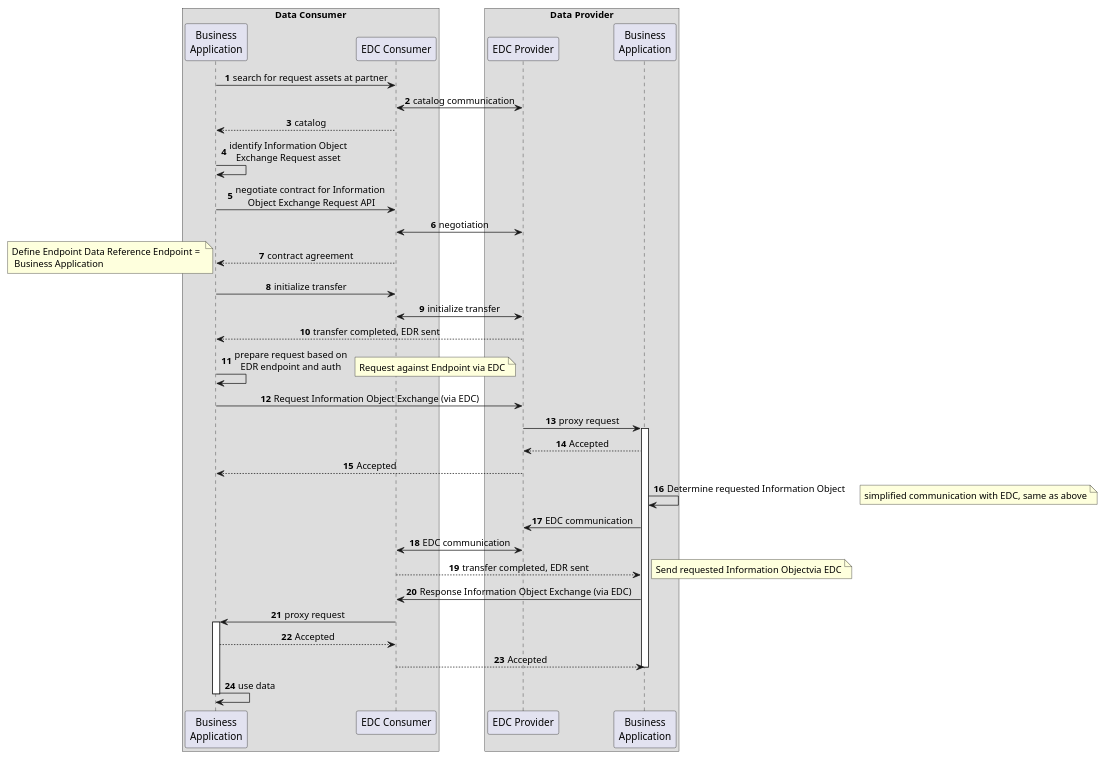
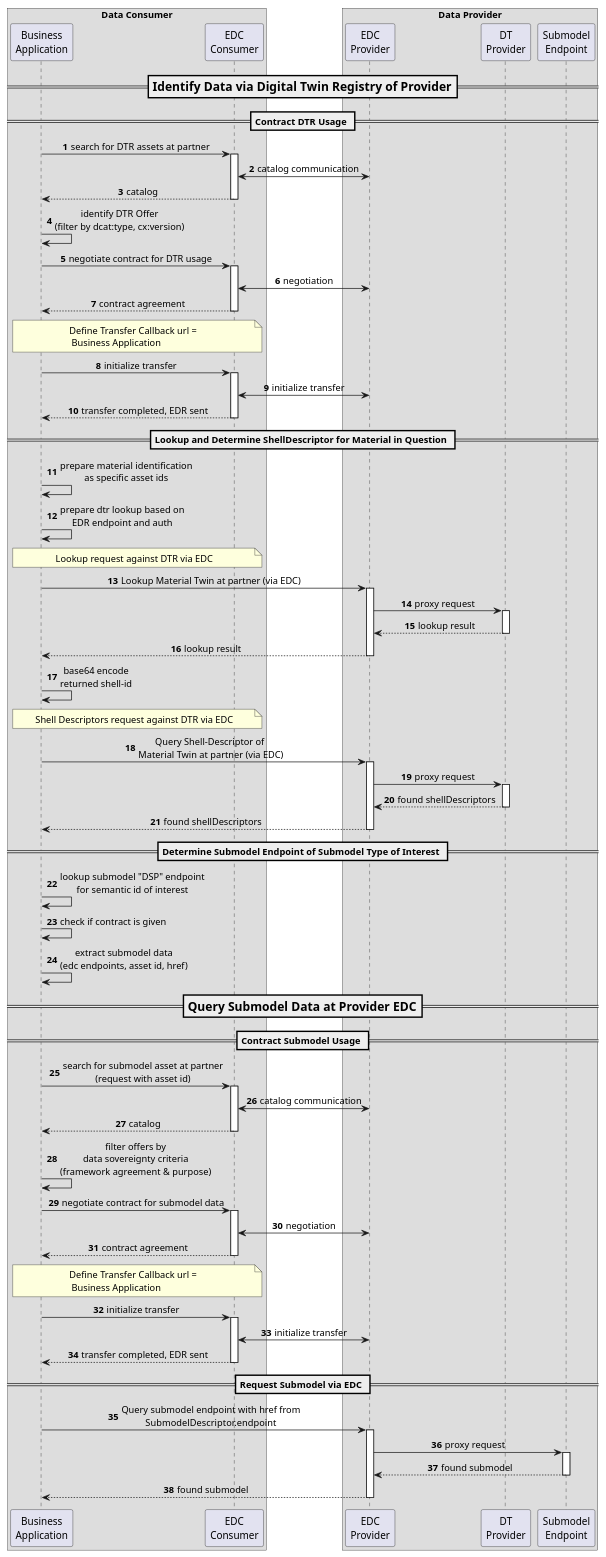
The diagram in docs/arc42/puml/06-api-flow-detailed.puml (eclipse-tractusx/puris), drawn with PlantUML before and after one commit. The commit also changed 5 other files, not shown here.

```diff
--- a/docs/arc42/puml/06-api-flow-detailed.puml
+++ b/docs/arc42/puml/06-api-flow-detailed.puml
@@ -1,57 +1,102 @@
 @startuml
 autonumber
 skinparam sequenceMessageAlign center
 
 box "Data Consumer"
 participant "Business\nApplication" as app_cons
-participant "EDC Consumer" as edc_cons
+participant "EDC\nConsumer" as edc_cons
 end box
 
 box "Data Provider"
-participant "EDC Provider" as edc_prov
-participant "Business\nApplication" as app_prov
+participant "EDC\nProvider" as edc_prov
+participant "DT\nProvider" as dtr_prov
+participant "Submodel\nEndpoint" as se_prov
 end box
 
-app_cons -> edc_cons: search for request assets at partner
+=== Identify Data via Digital Twin Registry of Provider ==
+== Contract DTR Usage ==
+app_cons -> edc_cons: search for DTR assets at partner
+activate edc_cons
 edc_cons <-> edc_prov: catalog communication
 edc_cons --> app_cons: catalog
+deactivate edc_cons
 
-app_cons -> app_cons: identify Information Object\nExchange Request asset
+app_cons -> app_cons: identify DTR Offer\n(filter by dcat:type, cx:version)
 
-app_cons -> edc_cons: negotiate contract for Information\n Object Exchange Request API
+app_cons -> edc_cons: negotiate contract for DTR usage
+activate edc_cons
 edc_cons <-> edc_prov: negotiation
 edc_cons --> app_cons: contract agreement
+deactivate edc_cons
 
-note left: Define Endpoint Data Reference Endpoint = \n Business Application
+note over app_cons, edc_cons: Define Transfer Callback url = \n Business Application
 app_cons -> edc_cons: initialize transfer
+activate edc_cons
 edc_cons <-> edc_prov: initialize transfer
-edc_prov --> app_cons: transfer completed, EDR sent
+edc_cons --> app_cons: transfer completed, EDR sent
+deactivate edc_cons
 
-app_cons -> app_cons: prepare request based on\nEDR endpoint and auth
+== Lookup and Determine ShellDescriptor for Material in Question ==
+app_cons -> app_cons: prepare material identification\nas specific asset ids
+app_cons -> app_cons: prepare dtr lookup based on\nEDR endpoint and auth
 
-note right: Request against Endpoint via EDC
-app_cons ->  edc_prov: Request Information Object Exchange (via EDC)
-edc_prov -> app_prov: proxy request
-activate  app_prov
-app_prov --> edc_prov: Accepted
-edc_prov --> app_cons: Accepted
+note over app_cons, edc_cons: Lookup request against DTR via EDC
+app_cons ->  edc_prov: Lookup Material Twin at partner (via EDC)
+activate edc_prov
+edc_prov -> dtr_prov: proxy request
+activate dtr_prov
+dtr_prov --> edc_prov: lookup result
+deactivate dtr_prov
+edc_prov --> app_cons: lookup result
+deactivate edc_prov
+app_cons -> app_cons: base64 encode\nreturned shell-id
 
-app_prov ->  app_prov: Determine requested Information Object
+note over app_cons, edc_cons: Shell Descriptors request against DTR via EDC
+app_cons ->  edc_prov: Query Shell-Descriptor of \nMaterial Twin at partner (via EDC)
+activate edc_prov
+edc_prov -> dtr_prov: proxy request
+activate dtr_prov
+dtr_prov --> edc_prov: found shellDescriptors
+deactivate dtr_prov
+edc_prov --> app_cons: found shellDescriptors
+deactivate edc_prov
 
-note right: simplified communication with EDC, same as above
-app_prov -> edc_prov: EDC communication
-edc_prov <-> edc_cons: EDC communication
-edc_cons --> app_prov: transfer completed, EDR sent
+== Determine Submodel Endpoint of Submodel Type of Interest ==
+app_cons -> app_cons: lookup submodel "DSP" endpoint\nfor semantic id of interest
+app_cons -> app_cons: check if contract is given
+app_cons -> app_cons: extract submodel data\n(edc endpoints, asset id, href)
 
-note right: Send requested Information Objectvia EDC
-app_prov ->  edc_cons: Response Information Object Exchange (via EDC)
-edc_cons -> app_cons: proxy request
-activate  app_cons
-app_cons --> edc_cons: Accepted
-edc_cons --> app_prov: Accepted
-deactivate app_prov
+=== Query Submodel Data at Provider EDC ==
+== Contract Submodel Usage ==
+app_cons -> edc_cons: search for submodel asset at partner\n(request with asset id)
+activate edc_cons
+edc_cons <-> edc_prov: catalog communication
+edc_cons --> app_cons: catalog
+deactivate edc_cons
 
-app_cons -> app_cons: use data
-deactivate app_cons
+app_cons -> app_cons: filter offers by\ndata sovereignty criteria\n(framework agreement & purpose)
+
+app_cons -> edc_cons: negotiate contract for submodel data
+activate edc_cons
+edc_cons <-> edc_prov: negotiation
+edc_cons --> app_cons: contract agreement
+deactivate edc_cons
+
+note over app_cons, edc_cons: Define Transfer Callback url = \n Business Application
+app_cons -> edc_cons: initialize transfer
+activate edc_cons
+edc_cons <-> edc_prov: initialize transfer
+edc_cons --> app_cons: transfer completed, EDR sent
+deactivate edc_cons
+
+== Request Submodel via EDC ==
+app_cons ->  edc_prov: Query submodel endpoint with href from\nSubmodelDescriptor.endpoint
+activate edc_prov
+edc_prov -> se_prov: proxy request
+activate se_prov
+se_prov --> edc_prov: found submodel
+deactivate se_prov
+edc_prov --> app_cons: found submodel
+deactivate edc_prov
 
 @enduml
```
